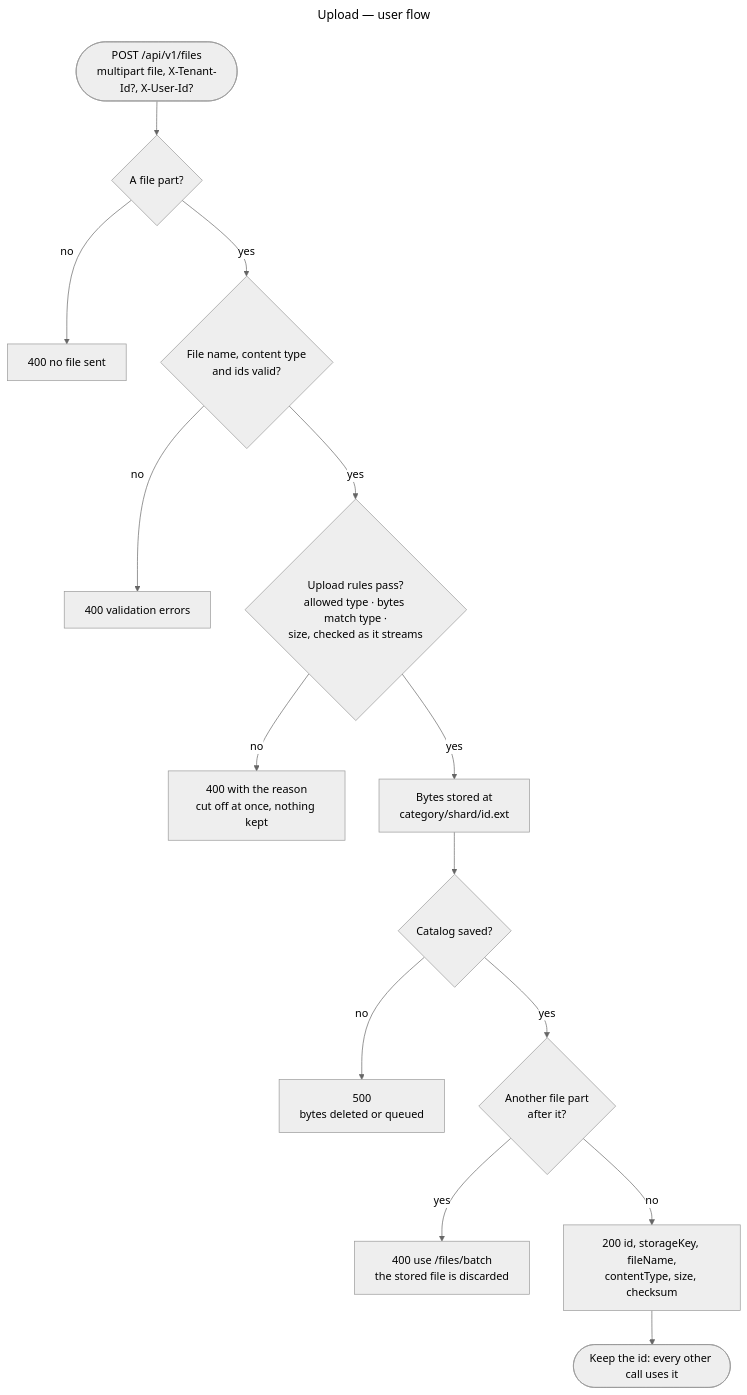
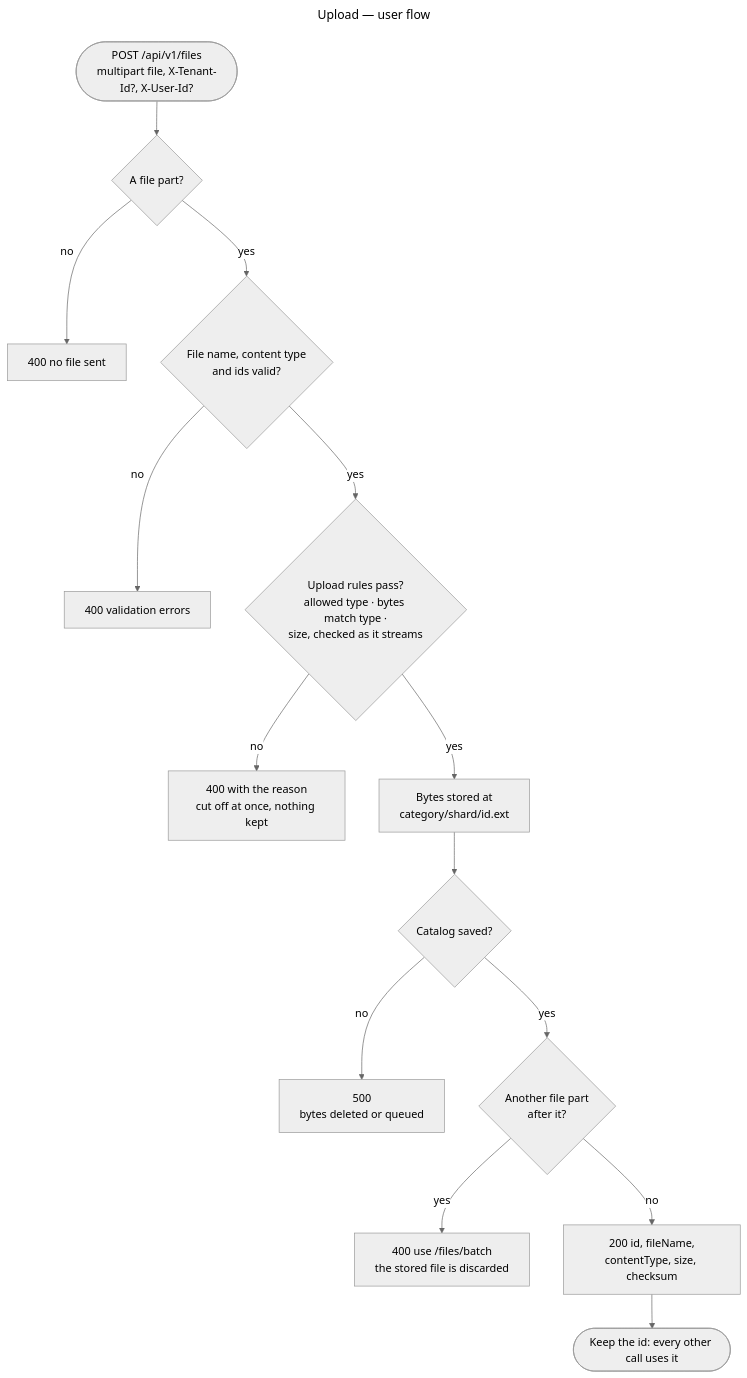
One commit to gmetskhvarishvili/GM.FileStorage.Samples changed the third of 12 diagrams in docs/user-flows.md. Above: the diagram before and after it, drawn with Mermaid (neutral theme). The commit also changed other lines of this file and 30 other files, not shown here.

````diff
--- a/docs/user-flows.md
+++ b/docs/user-flows.md
@@ -69,19 +69,19 @@
 ```mermaid
 ---
 title: Upload — user flow
 ---
 flowchart TD
     start([POST /api/v1/files<br/>multipart file, X-Tenant-Id?, X-User-Id?]) --> any{A file part?}
     any -- no --> n400[400 no file sent]
     any -- yes --> valid{File name, content type<br/>and ids valid?}
     valid -- no --> v400[400 validation errors]
     valid -- yes --> rules{Upload rules pass?<br/>allowed type · bytes match type ·<br/>size, checked as it streams}
     rules -- no --> r400[400 with the reason<br/>cut off at once, nothing kept]
     rules -- yes --> stored[Bytes stored at<br/>category/shard/id.ext]
     stored --> saved{Catalog saved?}
     saved -- no --> e500[500<br/>bytes deleted or queued]
     saved -- yes --> more{Another file part<br/>after it?}
     more -- yes --> m400[400 use /files/batch<br/>the stored file is discarded]
-    more -- no --> ok[200 id, storageKey, fileName,<br/>contentType, size, checksum]
+    more -- no --> ok[200 id, fileName,<br/>contentType, size, checksum]
     ok --> next([Keep the id: every other call uses it])
 ```
````
